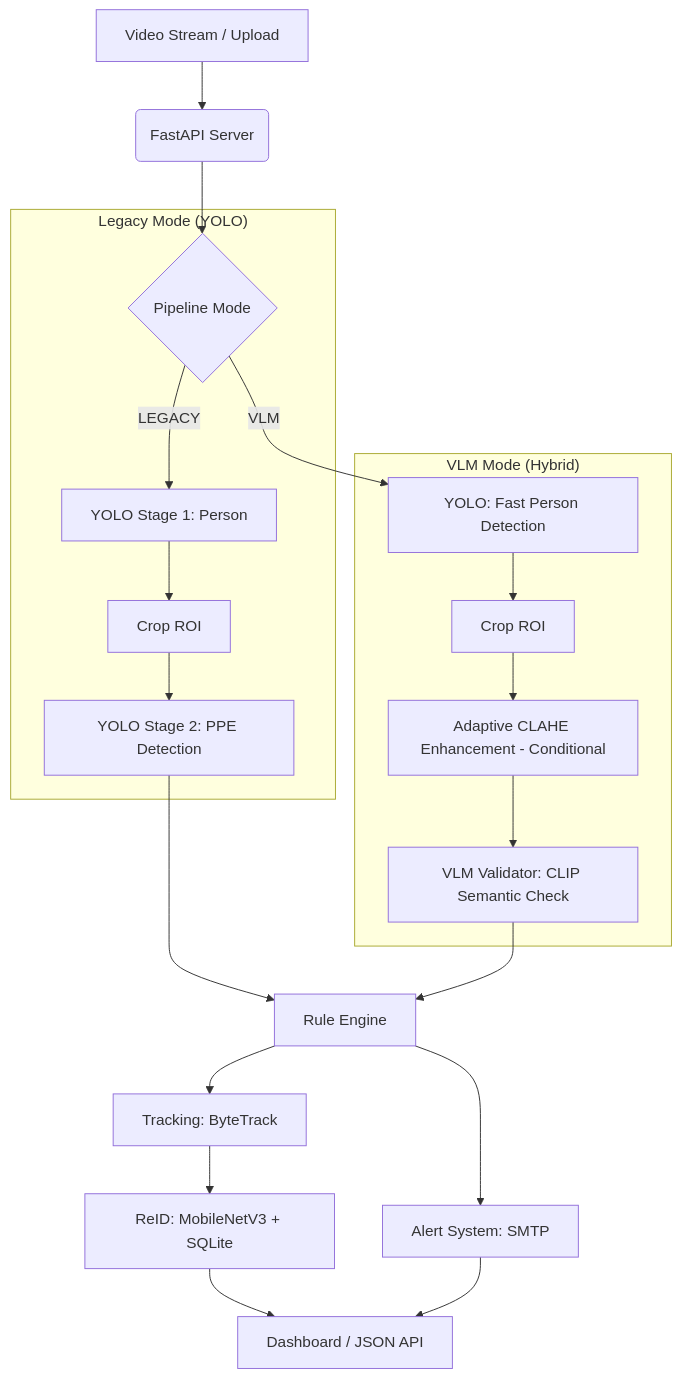
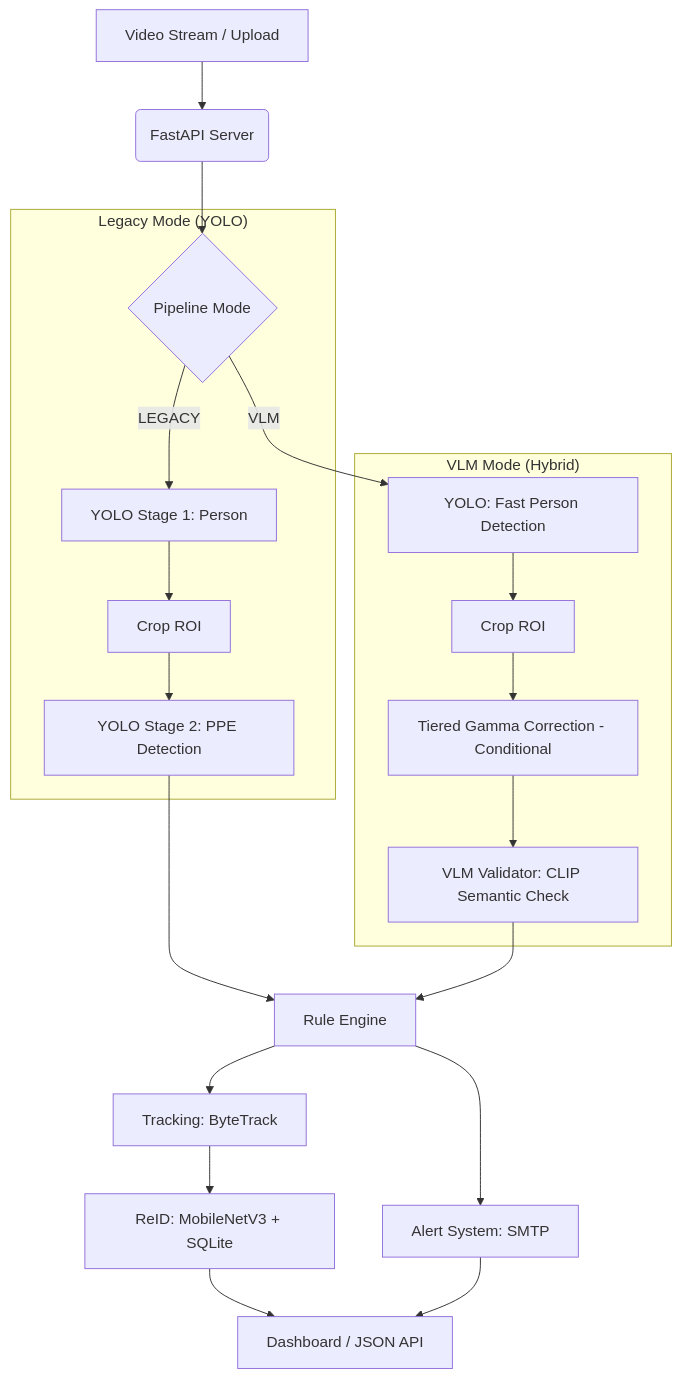
The diagram in README.md (Susmita87/ppe-detection-synergy-project), drawn with Mermaid before and after one commit. The commit also changed other lines of this file and 3 other files, not shown here.

````diff
--- a/README.md
+++ b/README.md
@@ -18,28 +18,28 @@
 ```mermaid
 graph TD
     A[Video Stream / Upload] --> B(FastAPI Server)
     B --> C{Pipeline Mode}
     
     subgraph "Legacy Mode (YOLO)"
         C -- "LEGACY" --> L1[YOLO Stage 1: Person]
         L1 --> L2[Crop ROI]
         L2 --> L3[YOLO Stage 2: PPE Detection]
     end
     
     subgraph "VLM Mode (Hybrid)"
         C -- "VLM" --> V1[YOLO: Fast Person Detection]
         V1 --> V2[Crop ROI]
-        V2 --> V_CLAHE[Adaptive CLAHE Enhancement - Conditional]
-        V_CLAHE --> V3[VLM Validator: CLIP Semantic Check]
+        V2 --> V_GAMMA[Tiered Gamma Correction - Conditional]
+        V_GAMMA --> V3[VLM Validator: CLIP Semantic Check]
     end
     
     L3 --> D[Rule Engine]
     V3 --> D
     
     D --> E[Tracking: ByteTrack]
     E --> F[ReID: MobileNetV3 + SQLite]
     
     D --> G[Alert System: SMTP]
     F --> H[Dashboard / JSON API]
     G --> H
 ```
````
